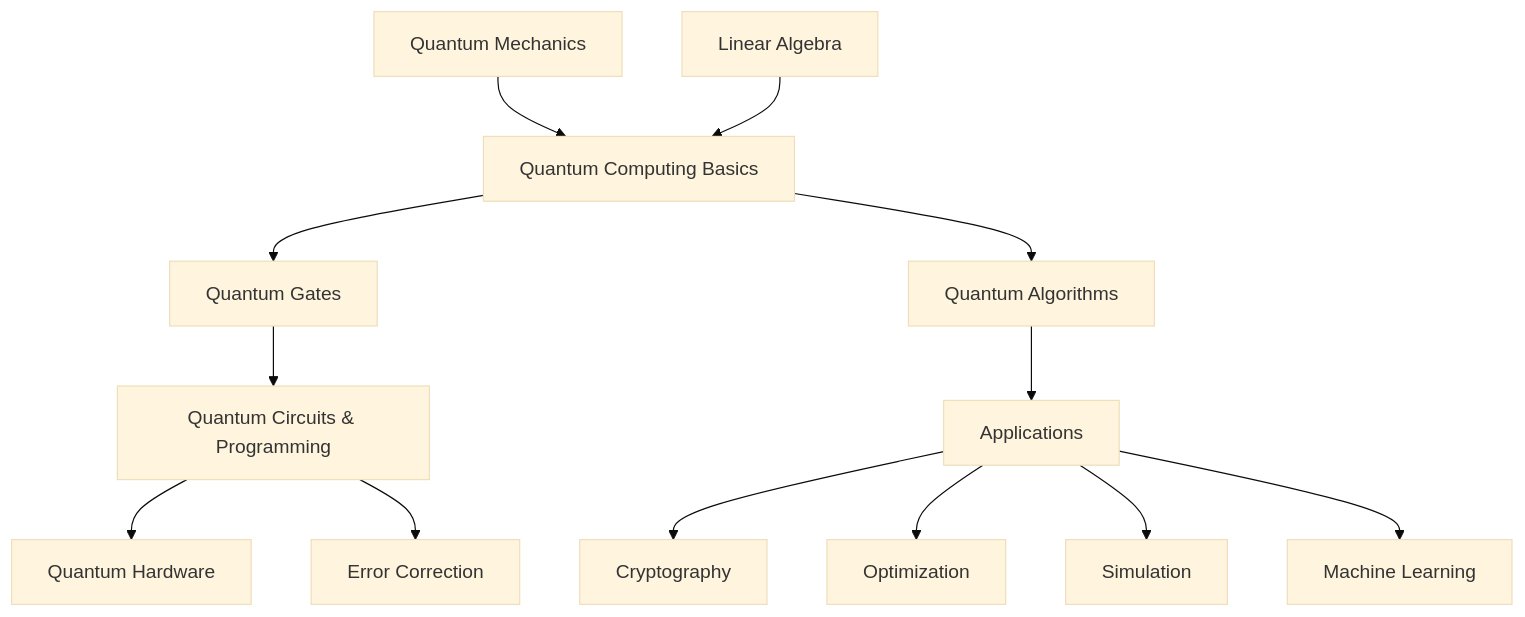
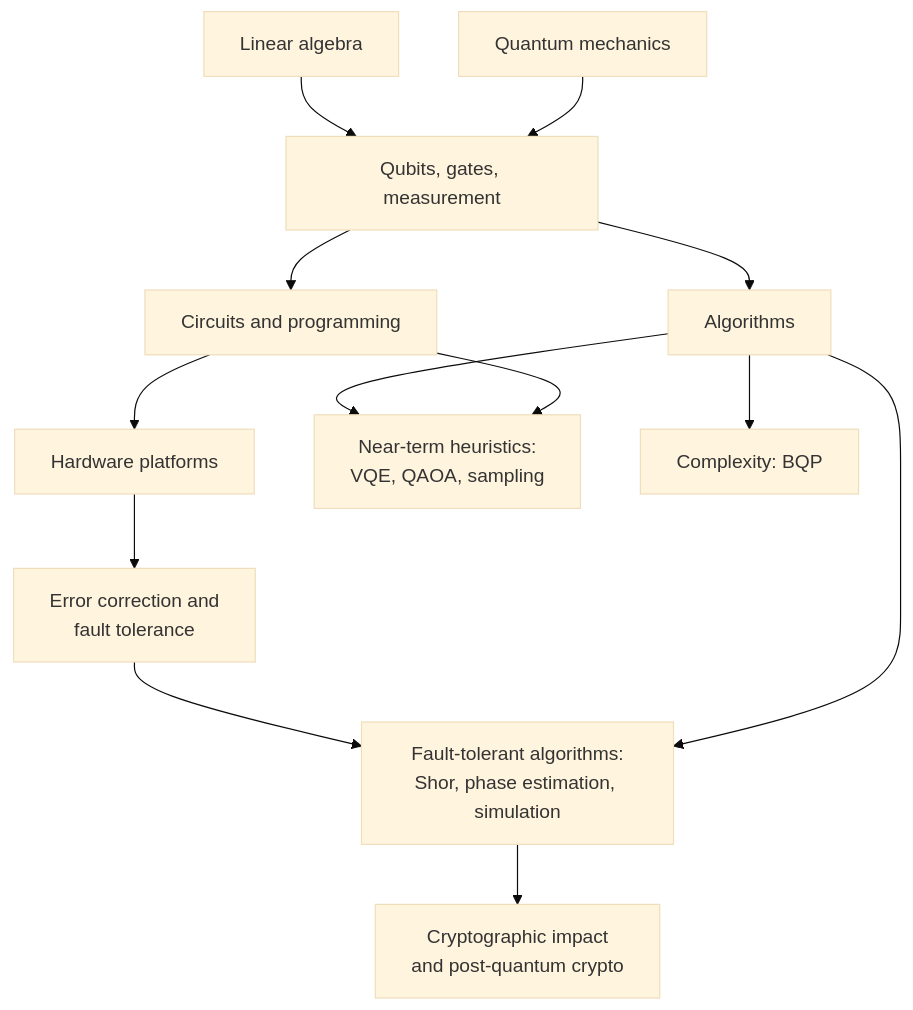
Before and after one commit to AndrewAltimit/Documentation: the first of 4 diagrams in github-pages/docs/quantum-computing/index.md, drawn with Mermaid (base theme). The commit also changed other lines of this file and 240 other files, not shown here.

````diff
--- a/github-pages/docs/quantum-computing/index.md
+++ b/github-pages/docs/quantum-computing/index.md
@@ -30,15 +42,15 @@
 ```mermaid
 flowchart TD
-    QM[Quantum Mechanics] --> Basics[Quantum Computing Basics]
-    LA[Linear Algebra] --> Basics
-    Basics --> Gates[Quantum Gates]
-    Gates --> Circuits[Quantum Circuits & Programming]
-    Basics --> Algos[Quantum Algorithms]
-    Circuits --> HW[Quantum Hardware]
-    Circuits --> QEC[Error Correction]
-    Algos --> Apps[Applications]
-    Apps --> Crypto[Cryptography]
-    Apps --> Opt[Optimization]
-    Apps --> Sim[Simulation]
-    Apps --> QML[Machine Learning]
+    LA[Linear algebra] --> QI[Qubits, gates, measurement]
+    QM[Quantum mechanics] --> QI
+    QI --> Circ[Circuits and programming]
+    QI --> Alg[Algorithms]
+    Circ --> HW[Hardware platforms]
+    HW --> QEC[Error correction and<br/>fault tolerance]
+    QEC --> FT[Fault-tolerant algorithms:<br/>Shor, phase estimation, simulation]
+    Alg --> FT
+    Alg --> NISQ[Near-term heuristics:<br/>VQE, QAOA, sampling]
+    Circ --> NISQ
+    FT --> PQC[Cryptographic impact<br/>and post-quantum crypto]
+    Alg --> Cx[Complexity: BQP]
 ```
````
